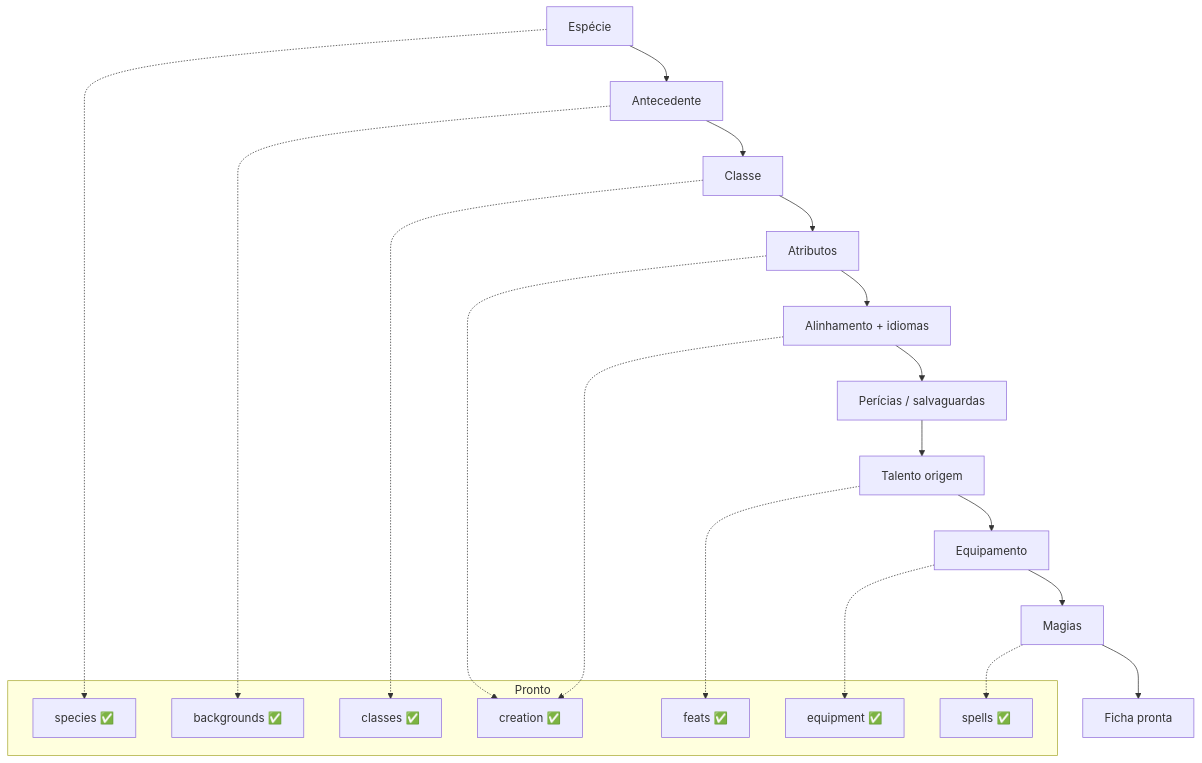
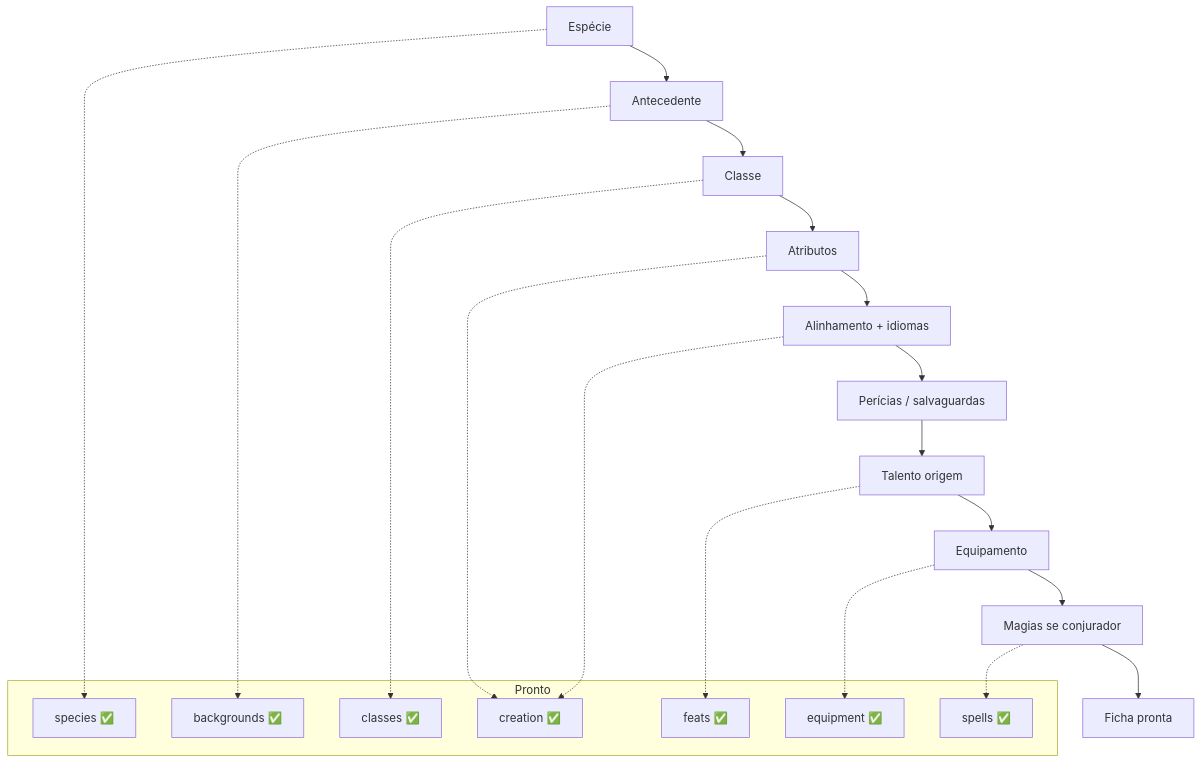
Before and after one commit to Lucas-PB1/dnd-back: the diagram in FICHAS.md, drawn with Mermaid. The commit also changed other lines of this file and 7 other files, not shown here.

````diff
--- a/FICHAS.md
+++ b/FICHAS.md
@@ -143,31 +149,31 @@
 ```mermaid
 flowchart TD
   A[Espécie] --> B[Antecedente]
   B --> C[Classe]
   C --> D[Atributos]
   D --> E[Alinhamento + idiomas]
   E --> F[Perícias / salvaguardas]
   F --> G[Talento origem]
   G --> H[Equipamento]
-  H --> I[Magias]
+  H --> I[Magias se conjurador]
   I --> J[Ficha pronta]
 
   subgraph ok [Pronto]
     S1[species ✅]
     S2[backgrounds ✅]
     S3[classes ✅]
     S4[creation ✅]
     S5[feats ✅]
     S6[equipment ✅]
     S7[spells ✅]
   end
 
   A -.-> S1
   B -.-> S2
   C -.-> S3
   D -.-> S4
   E -.-> S4
   G -.-> S5
   H -.-> S6
   I -.-> S7
 ```
````
